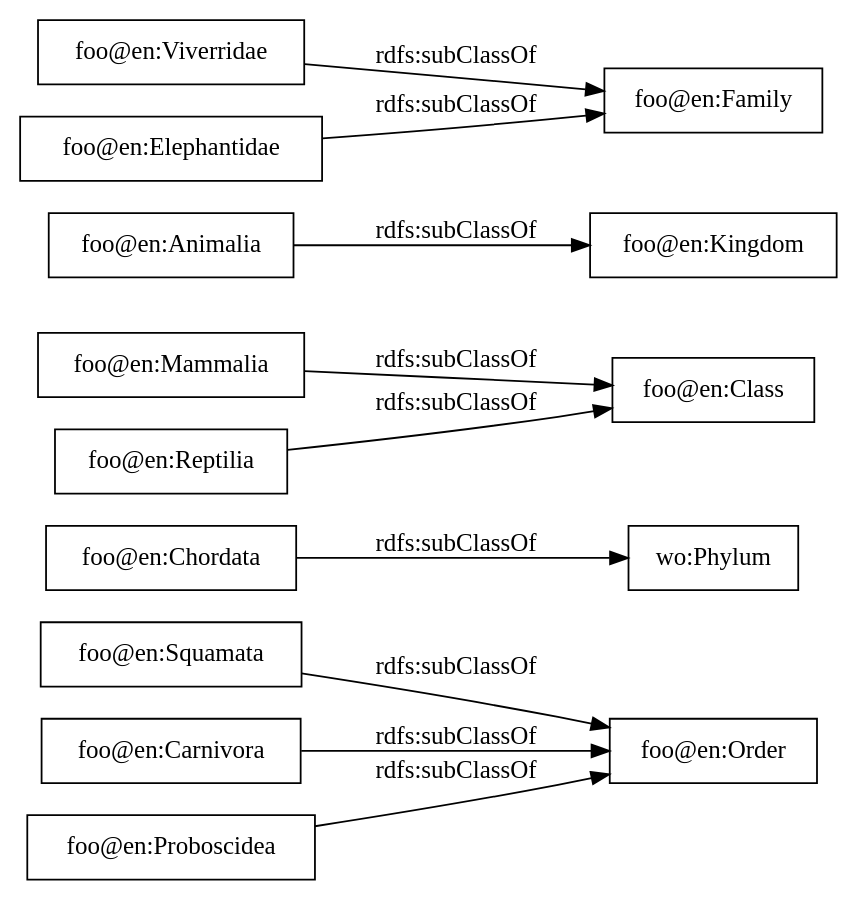
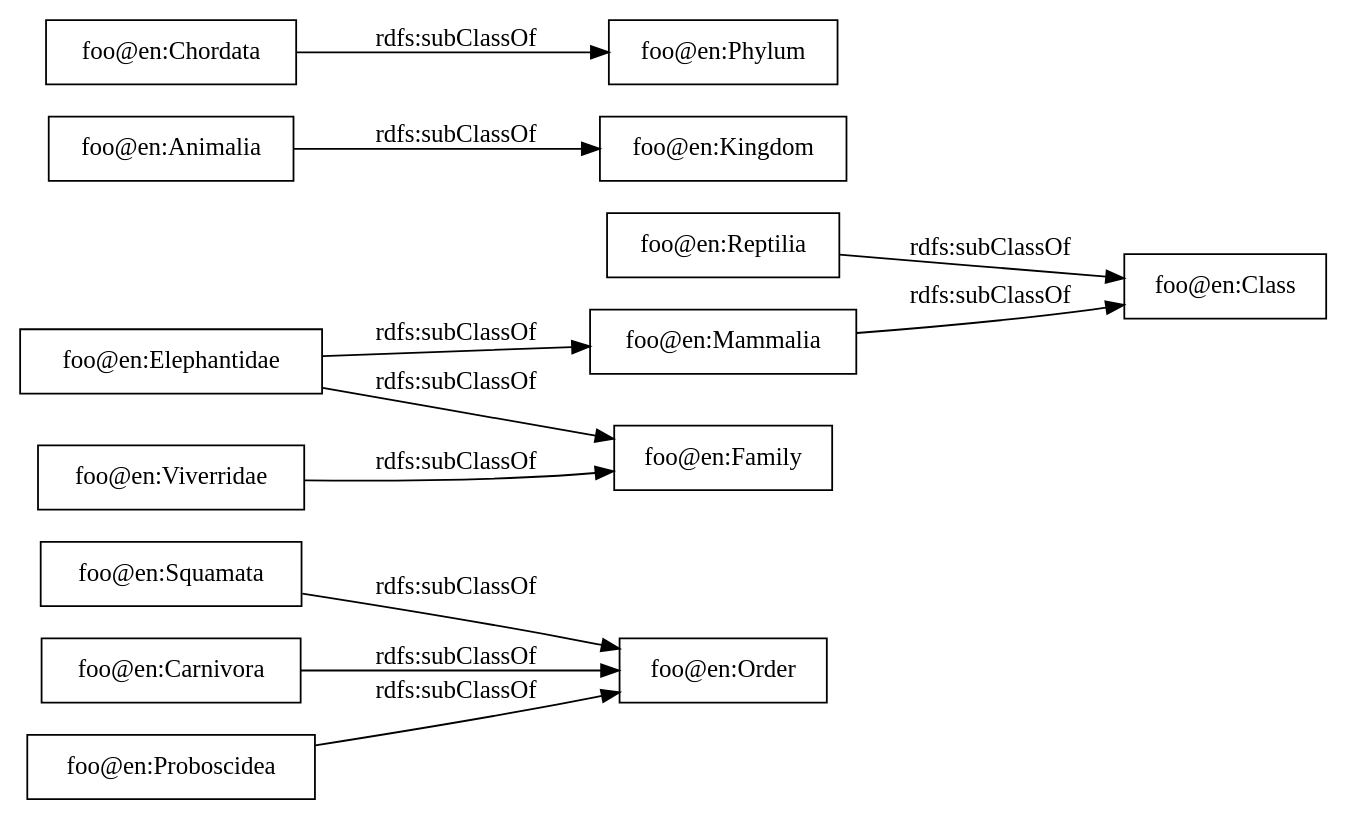
One commit to Naeima/foo_html changed the diagram in OnToology/index.ttl/diagrams/ar2dtool-taxonomy/index.ttl.png.dot. Above: the diagram before and after it, drawn with Graphviz. The commit also changed 13 other files, not shown here.

```diff
--- a/OnToology/index.ttl/diagrams/ar2dtool-taxonomy/index.ttl.png.dot
+++ b/OnToology/index.ttl/diagrams/ar2dtool-taxonomy/index.ttl.png.dot
@@ -1,15 +1,16 @@
 digraph ar2dtool_diagram { 
 rankdir=LR;
 size="1000"
-node [shape = rectangle, color="black"]; "foo@en:Squamata" "wo:Phylum" "foo@en:Mammalia" "foo@en:Animalia" "foo@en:Carnivora" "foo@en:Viverridae" "foo@en:Elephantidae" "foo@en:Reptilia" "foo@en:Chordata" "foo@en:Proboscidea" ; /*classes style*/
+node [shape = rectangle, color="black"]; "foo@en:Squamata" "foo@en:Mammalia" "foo@en:Animalia" "foo@en:Phylum" "foo@en:Carnivora" "foo@en:Viverridae" "foo@en:Elephantidae" "foo@en:Reptilia" "foo@en:Chordata" "foo@en:Proboscidea" ; /*classes style*/
 	"foo@en:Reptilia" -> "foo@en:Class" [ label = "rdfs:subClassOf" ];
-	"foo@en:Chordata" -> "wo:Phylum" [ label = "rdfs:subClassOf" ];
+	"foo@en:Chordata" -> "foo@en:Phylum" [ label = "rdfs:subClassOf" ];
 	"foo@en:Squamata" -> "foo@en:Order" [ label = "rdfs:subClassOf" ];
 	"foo@en:Proboscidea" -> "foo@en:Order" [ label = "rdfs:subClassOf" ];
+	"foo@en:Elephantidae" -> "foo@en:Mammalia" [ label = "rdfs:subClassOf" ];
 	"foo@en:Elephantidae" -> "foo@en:Family" [ label = "rdfs:subClassOf" ];
 	"foo@en:Viverridae" -> "foo@en:Family" [ label = "rdfs:subClassOf" ];
 	"foo@en:Carnivora" -> "foo@en:Order" [ label = "rdfs:subClassOf" ];
 	"foo@en:Animalia" -> "foo@en:Kingdom" [ label = "rdfs:subClassOf" ];
 	"foo@en:Mammalia" -> "foo@en:Class" [ label = "rdfs:subClassOf" ];
 
 }
```
